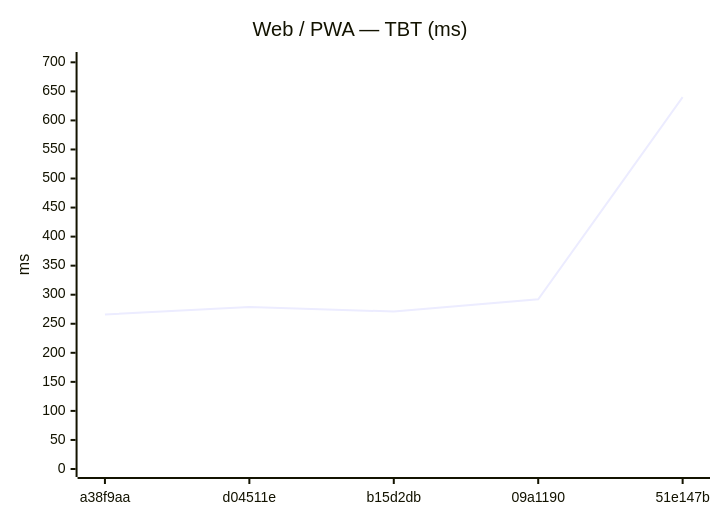
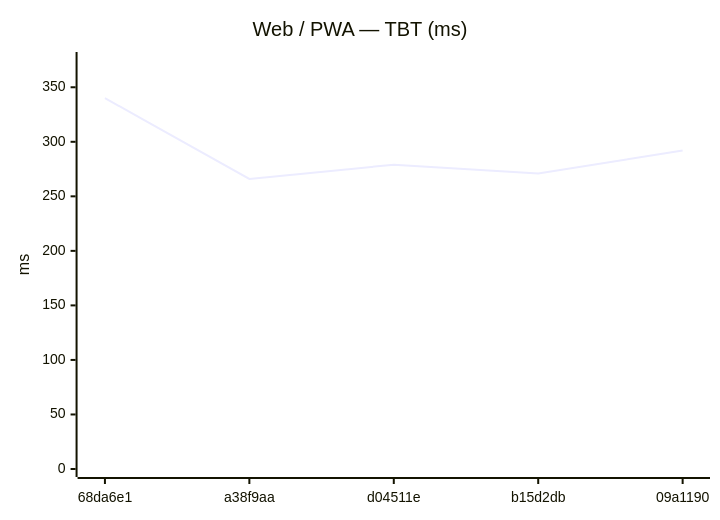
One commit to Metaheurist/Rianell changed the eighth of 18 diagrams in benchmarks/compare.md. Above: the diagram before and after it, drawn with Mermaid. The commit also changed other lines of this file and 11 other files, not shown here.

````diff
--- a/benchmarks/compare.md
+++ b/benchmarks/compare.md
@@ -124,7 +124,7 @@
 ```mermaid
 xychart-beta
     title "Web / PWA — TBT (ms)"
-    x-axis ["a38f9aa", "d04511e", "b15d2db", "09a1190", "51e147b"]
-    y-axis "ms" 0 --> 704
-    line [266, 279, 271, 292, 640]
+    x-axis ["68da6e1", "a38f9aa", "d04511e", "b15d2db", "09a1190"]
+    y-axis "ms" 0 --> 375
+    line [340, 266, 279, 271, 292]
 ```
````
